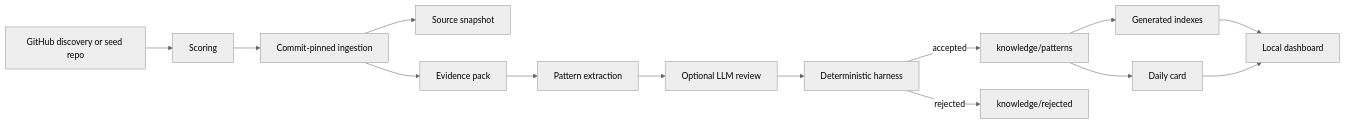
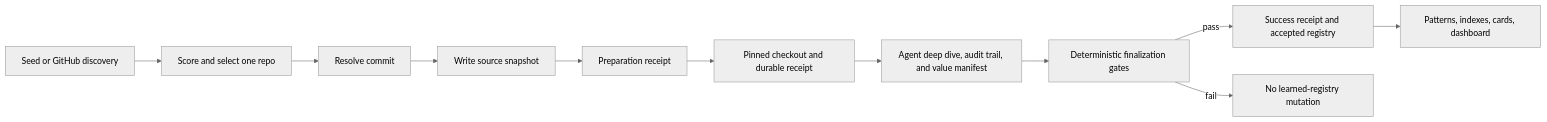
Before and after one commit to libenxier-beep/github-pattern-knowledge: the diagram in README.md, drawn with Mermaid (neutral theme). The commit also changed other lines of this file and 65 other files, not shown here.

Commit message:
feat: harden daily knowledge finalization

````diff
--- a/README.md
+++ b/README.md
@@ -39,16 +31,13 @@
 ```mermaid
 flowchart LR
-  A["GitHub discovery or seed repo"] --> B["Scoring"]
-  B --> C["Commit-pinned ingestion"]
-  C --> D["Source snapshot"]
-  C --> E["Evidence pack"]
-  E --> F["Pattern extraction"]
-  F --> G["Optional LLM review"]
-  G --> H["Deterministic harness"]
-  H -->|accepted| I["knowledge/patterns"]
-  H -->|rejected| J["knowledge/rejected"]
-  I --> K["Generated indexes"]
-  I --> L["Daily card"]
-  K --> M["Local dashboard"]
-  L --> M
+  A["Seed or GitHub discovery"] --> B["Score and select one repo"]
+  B --> C["Resolve commit"]
+  C --> D["Write source snapshot"]
+  D --> E["Preparation receipt"]
+  E --> F["Pinned checkout and durable receipt"]
+  F --> G["Agent deep dive, audit trail, and value manifest"]
+  G --> H["Deterministic finalization gates"]
+  H -->|pass| I["Success receipt and accepted registry"]
+  H -->|fail| J["No learned-registry mutation"]
+  I --> K["Patterns, indexes, cards, dashboard"]
 ```
````
